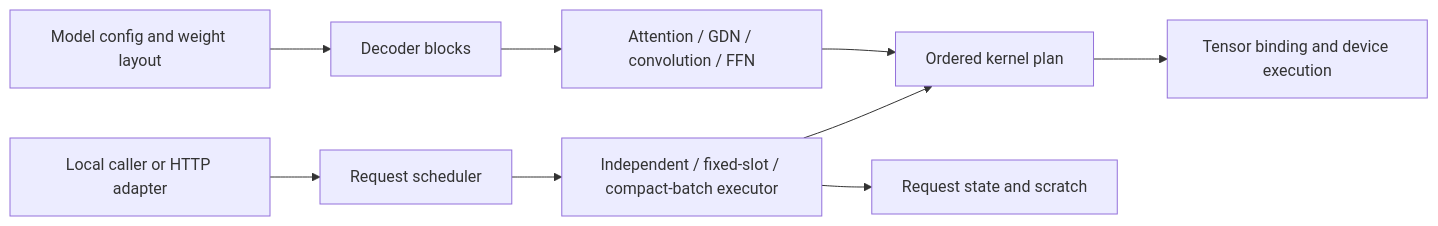
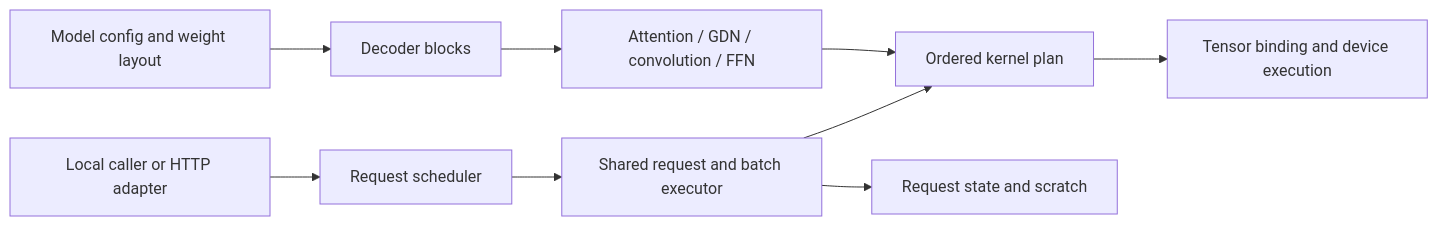
The diagram in docs/architecture.md (kreasof-ai/akas), drawn with Mermaid before and after one commit. The commit also changed other lines of this file and 207 other files, not shown here.

Commit message:
Merge execution modes into one request and batch lifecycle

````diff
--- a/docs/architecture.md
+++ b/docs/architecture.md
@@ -8,11 +8,11 @@
 ```mermaid
 flowchart LR
     Definition[Model config and weight layout] --> Blocks[Decoder blocks]
     Blocks --> Operations[Attention / GDN / convolution / FFN]
     Operations --> Plan[Ordered kernel plan]
     Caller[Local caller or HTTP adapter] --> Scheduler[Request scheduler]
-    Scheduler --> Execution[Independent / fixed-slot / compact-batch executor]
+    Scheduler --> Execution[Shared request and batch executor]
     Execution --> Plan
     Execution --> State[Request state and scratch]
     Plan --> Tensor[Tensor binding and device execution]
 ```
````
